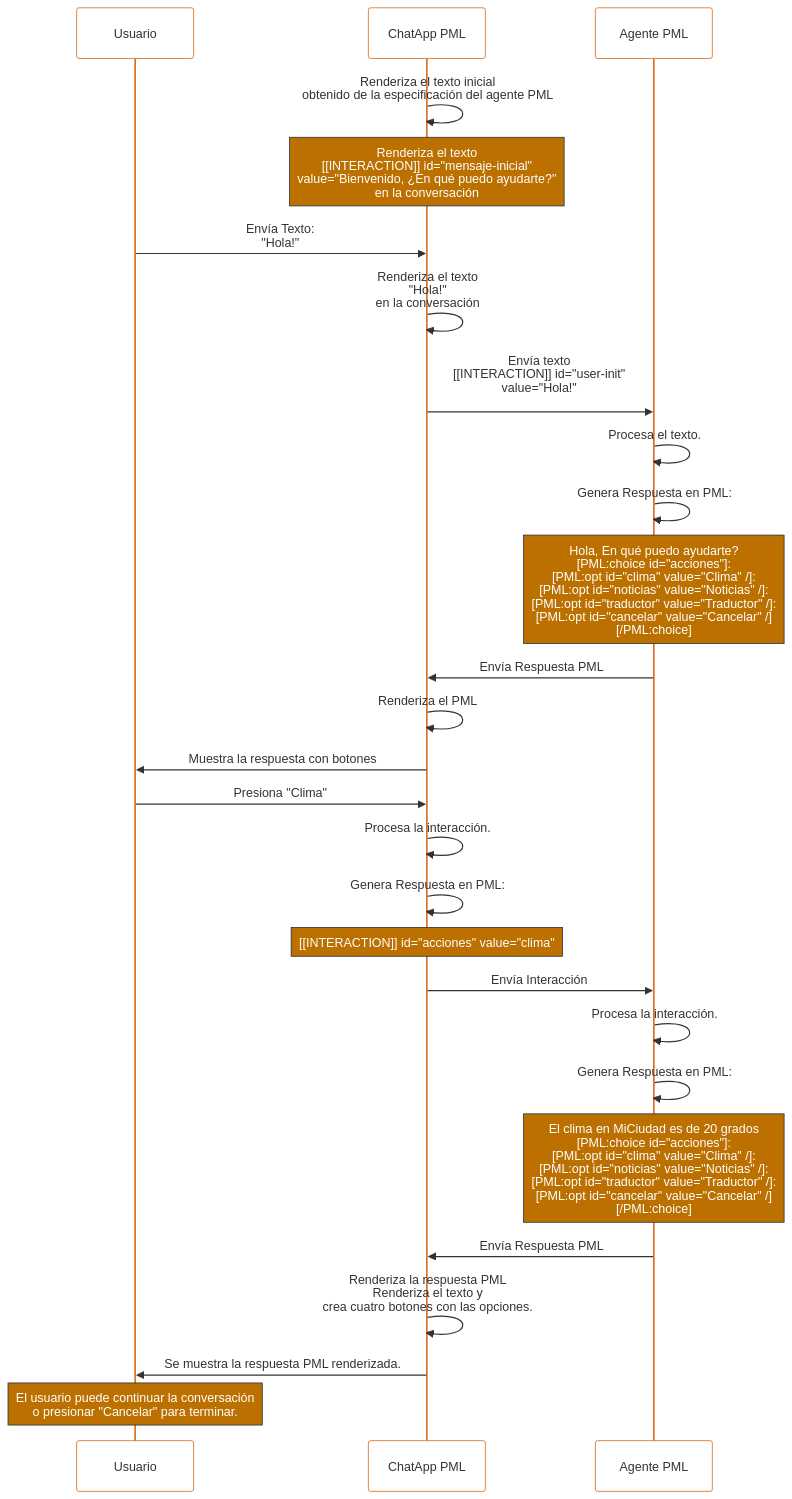
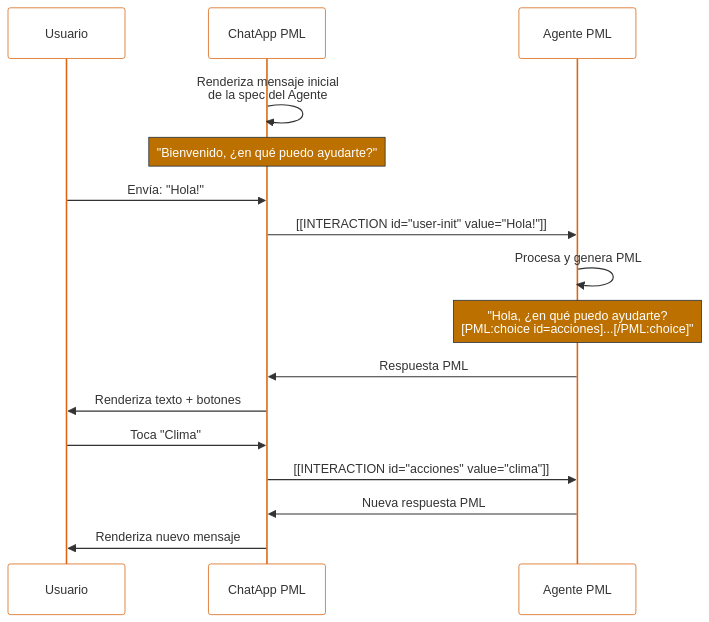
One commit to pedro-aaron/PML changed the diagram in README.md. Above: the diagram before and after it, drawn with Mermaid. The commit also changed other lines of this file, not shown here.

````diff
--- a/README.md
+++ b/README.md
@@ -125,32 +88,21 @@
 ```mermaid
 %%{init: {'theme': 'base', 'themeVariables': {'labelBoxBkgColor': 'lightgrey', 'labelBoxBorderColor': '#000000', 'actorBorder': '#D86613', 'actorBkg': '#ffffff', 'activationBorderColor': '#232F3E', 'activationBkgColor': '#D86613', 'noteBkgColor': 'rgba(187, 112, 0, 1)','noteTextColor': '#ffffff', 'noteBorderColor': '#232F3E'}}}%%
 
 sequenceDiagram
     participant User as Usuario
     participant ChatApp as ChatApp PML
     participant Agent as Agente PML
 
-    ChatApp->>ChatApp: Renderiza el texto inicial<br />obtenido de la especificación del agente PML
-    note over ChatApp: Renderiza el texto <br />[[INTERACTION]] id="mensaje-inicial" <br />value="Bienvenido, ¿En qué puedo ayudarte?"<br />en la conversación
-    User->>ChatApp: Envía Texto: <br />"Hola!"
-    ChatApp->>ChatApp: Renderiza el texto <br />"Hola!"<br />en la conversación
-    ChatApp->>Agent: Envía texto<br /> [[INTERACTION]] id="user-init" <br />value="Hola!"<br />
-    Agent->>Agent: Procesa el texto.
-    Agent->>Agent: Genera Respuesta en PML:
-    note over Agent: Hola, En qué puedo ayudarte? <br />[PML:choice id="acciones"]:<br />[PML:opt id="clima" value="Clima" /]:<br />[PML:opt id="noticias" value="Noticias" /]:<br />[PML:opt id="traductor" value="Traductor" /]:<br />[PML:opt id="cancelar" value="Cancelar" /]<br />[/PML:choice]
-    Agent->>ChatApp: Envía Respuesta PML
-    ChatApp->>ChatApp: Renderiza el PML
-    ChatApp->>User: Muestra la respuesta con botones
-    User->>ChatApp: Presiona "Clima"
-    ChatApp->>ChatApp: Procesa la interacción.
-    ChatApp->>ChatApp: Genera Respuesta en PML:
-    note over ChatApp: [[INTERACTION]] id="acciones" value="clima"
-    ChatApp->>Agent: Envía Interacción
-    Agent->>Agent: Procesa la interacción.
-    Agent->>Agent: Genera Respuesta en PML:
-    note over Agent: El clima en MiCiudad es de 20 grados <br />[PML:choice id="acciones"]:<br />[PML:opt id="clima" value="Clima" /]:<br />[PML:opt id="noticias" value="Noticias" /]:<br />[PML:opt id="traductor" value="Traductor" /]:<br />[PML:opt id="cancelar" value="Cancelar" /]<br />[/PML:choice]
-    Agent->>ChatApp: Envía Respuesta PML
-    ChatApp->>ChatApp: Renderiza la respuesta PML<br /> Renderiza el texto y <br />crea cuatro botones con las opciones.
-    ChatApp->>User: Se muestra la respuesta PML renderizada.
-    note over User: El usuario puede continuar la conversación<br /> o presionar "Cancelar" para terminar.
+    ChatApp->>ChatApp: Renderiza mensaje inicial<br />de la spec del Agente
+    note over ChatApp: "Bienvenido, ¿en qué puedo ayudarte?"
+    User->>ChatApp: Envía: "Hola!"
+    ChatApp->>Agent: [[INTERACTION id="user-init" value="Hola!"]]
+    Agent->>Agent: Procesa y genera PML
+    note over Agent: "Hola, ¿en qué puedo ayudarte?<br />[PML:choice id=acciones]...[/PML:choice]"
+    Agent->>ChatApp: Respuesta PML
+    ChatApp->>User: Renderiza texto + botones
+    User->>ChatApp: Toca "Clima"
+    ChatApp->>Agent: [[INTERACTION id="acciones" value="clima"]]
+    Agent->>ChatApp: Nueva respuesta PML
+    ChatApp->>User: Renderiza nuevo mensaje
 ```
````
